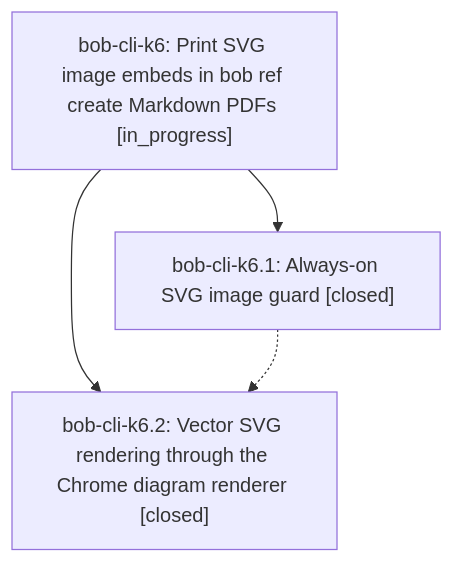
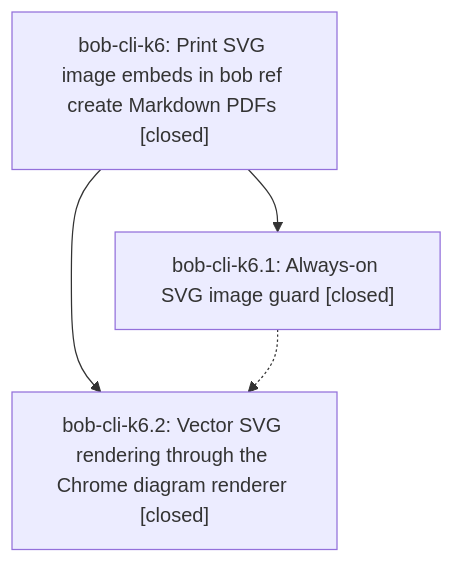
One commit to bobs-org/bob-cli--beads changed the diagram in pages/bob-cli-k6/README.md. Above: the diagram before and after it, drawn with Mermaid. The commit also changed other lines of this file and 2 other files, not shown here.

First line of the commit message:
chore(beads): sync bead state and pages for bob-cli-k6

````diff
--- a/pages/bob-cli-k6/README.md
+++ b/pages/bob-cli-k6/README.md
@@ -35,9 +43,9 @@
 ```mermaid
 flowchart TD
-    n0["bob-cli-k6: Print SVG image embeds in bob ref create Markdown PDFs [in_progress]"]
+    n0["bob-cli-k6: Print SVG image embeds in bob ref create Markdown PDFs [closed]"]
     n1["bob-cli-k6.1: Always-on SVG image guard [closed]"]
     n2["bob-cli-k6.2: Vector SVG rendering through the Chrome diagram renderer [closed]"]
     n0 --> n1
     n0 --> n2
     n1 -.-> n2
 ```
````
